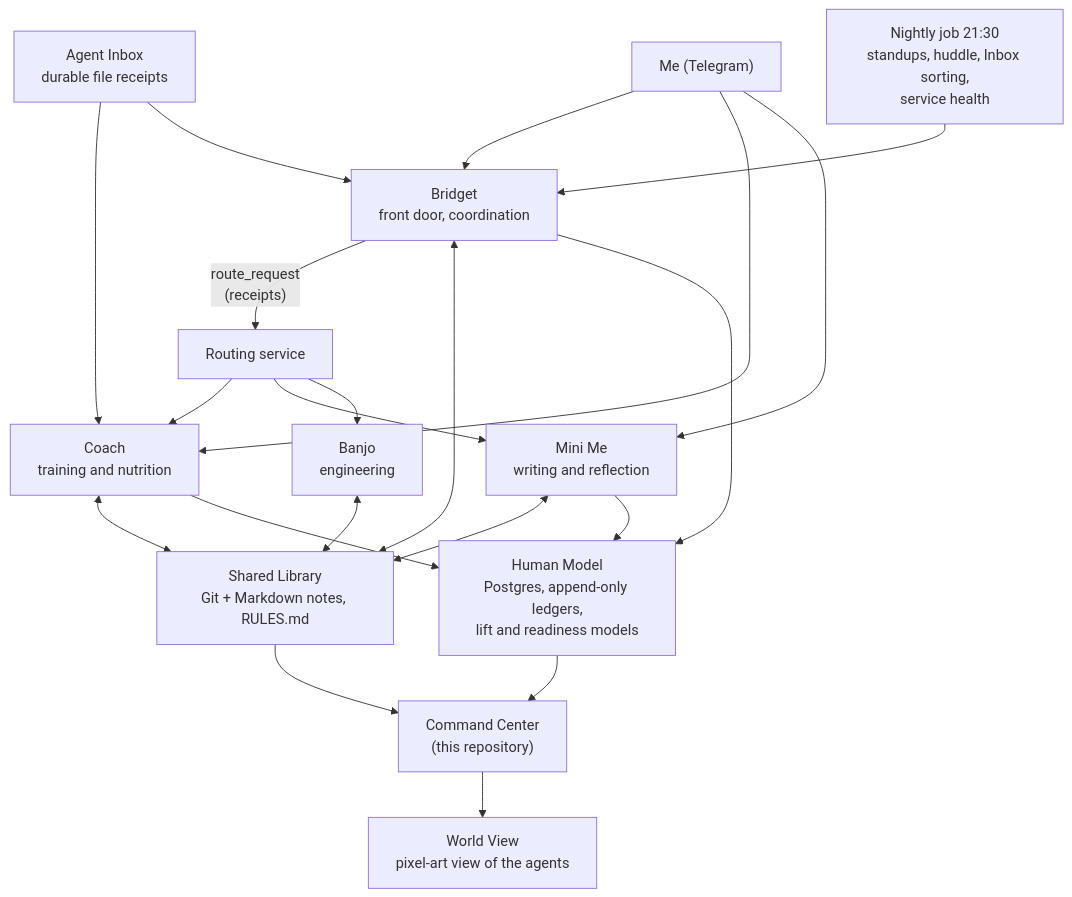
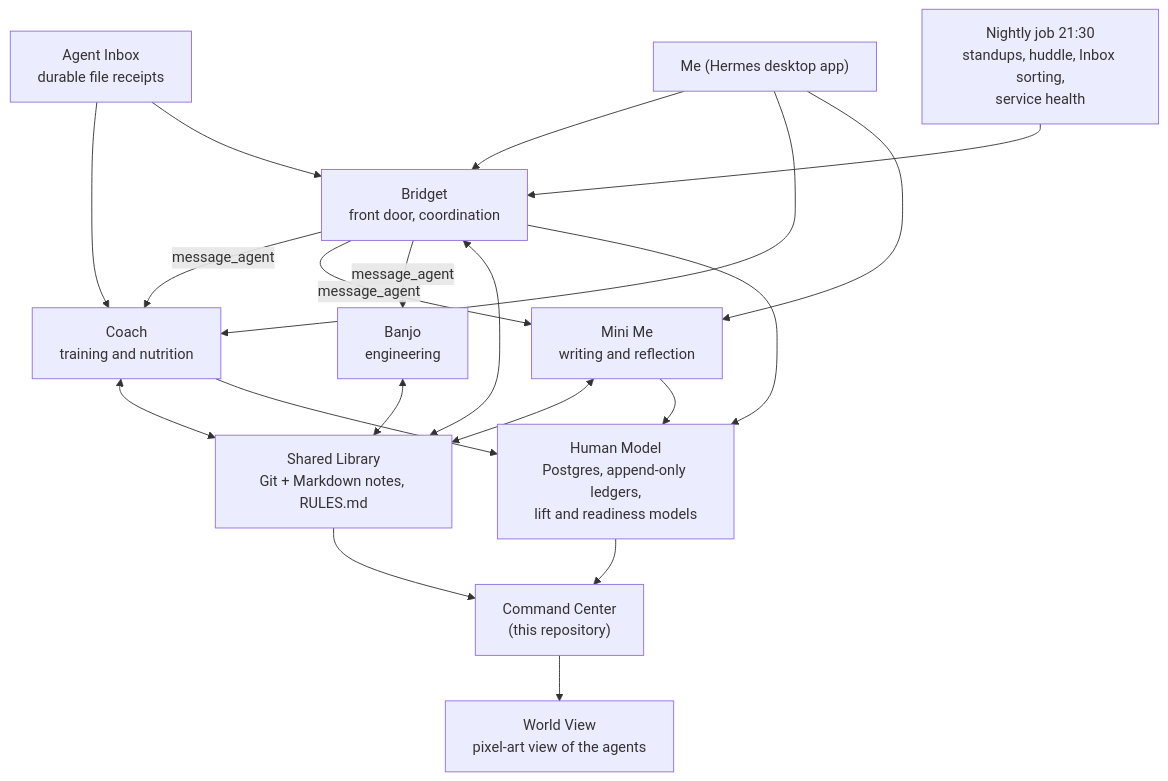
One commit to Wonderful-Digital-World/wonderful-digital-world changed the diagram in README.md. Above: the diagram before and after it, drawn with Mermaid. The commit also changed other lines of this file, not shown here.

````diff
--- a/README.md
+++ b/README.md
@@ -16,14 +16,13 @@
 ```mermaid
 flowchart TB
-    H["Me (Telegram)"] --> B["Bridget<br/>front door, coordination"]
+    H["Me (Hermes desktop app)"] --> B["Bridget<br/>front door, coordination"]
     H --> C["Coach<br/>training and nutrition"]
     H --> M["Mini Me<br/>writing and reflection"]
-    B -- "route_request<br/>(receipts)" --> R["Routing service"]
-    R --> C & M & K["Banjo<br/>engineering"]
+    B -- "message_agent" --> C & M & K["Banjo<br/>engineering"]
     C & B & M & K <--> L["Shared Library<br/>Git + Markdown notes, RULES.md"]
     C & B & M --> HM["Human Model<br/>Postgres, append-only ledgers,<br/>lift and readiness models"]
     A["Agent Inbox<br/>durable file receipts"] --> C & B
     N["Nightly job 21:30<br/>standups, huddle, Inbox sorting,<br/>service health"] --> B
     HM & L --> CC["Command Center<br/>(this repository)"]
     CC --> WV["World View<br/>pixel-art view of the agents"]
 ```
````
